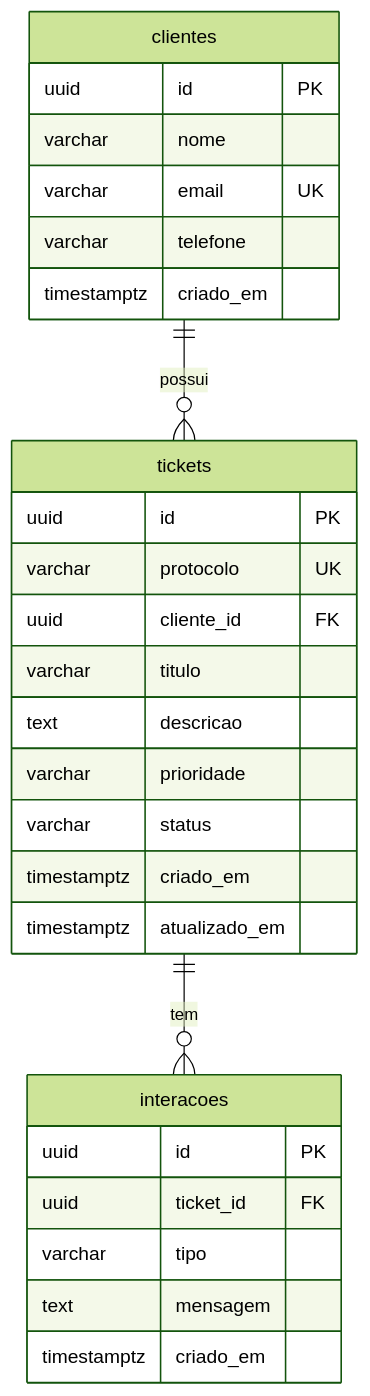
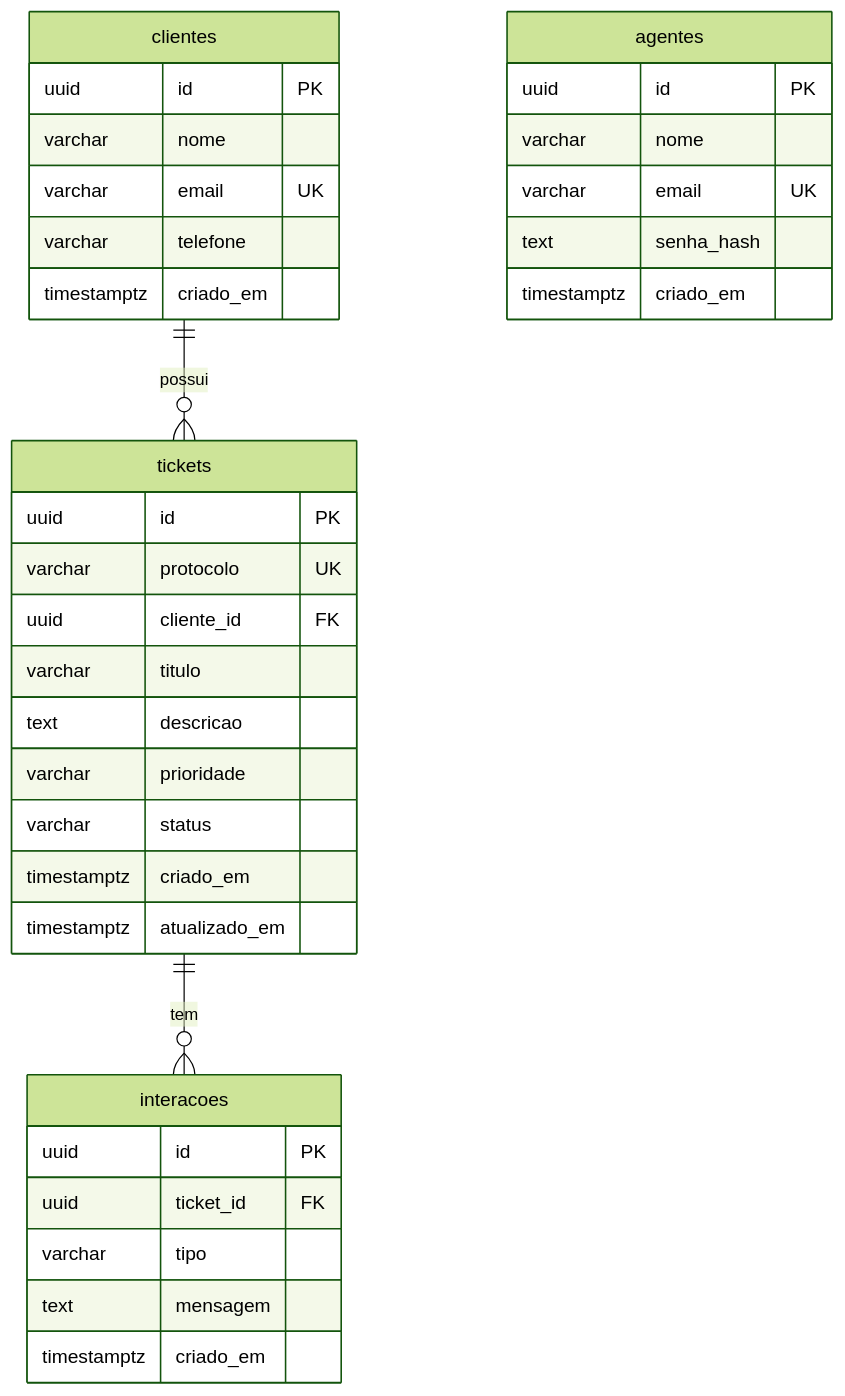
One commit to Victorks4/Bold-Support changed the diagram in docs/database.md. Above: the diagram before and after it, drawn with Mermaid (forest theme). The commit also changed other lines of this file and 3 other files, not shown here.

````diff
--- a/docs/database.md
+++ b/docs/database.md
@@ -13,33 +15,41 @@
 ```mermaid
 erDiagram
   clientes ||--o{ tickets : possui
   tickets ||--o{ interacoes : tem
+
+  agentes {
+    uuid id PK
+    varchar nome
+    varchar email UK
+    text senha_hash
+    timestamptz criado_em
+  }
 
   clientes {
     uuid id PK
     varchar nome
     varchar email UK
     varchar telefone
     timestamptz criado_em
   }
 
   tickets {
     uuid id PK
     varchar protocolo UK
     uuid cliente_id FK
     varchar titulo
     text descricao
     varchar prioridade
     varchar status
     timestamptz criado_em
     timestamptz atualizado_em
   }
 
   interacoes {
     uuid id PK
     uuid ticket_id FK
     varchar tipo
     text mensagem
     timestamptz criado_em
   }
 ```
````
